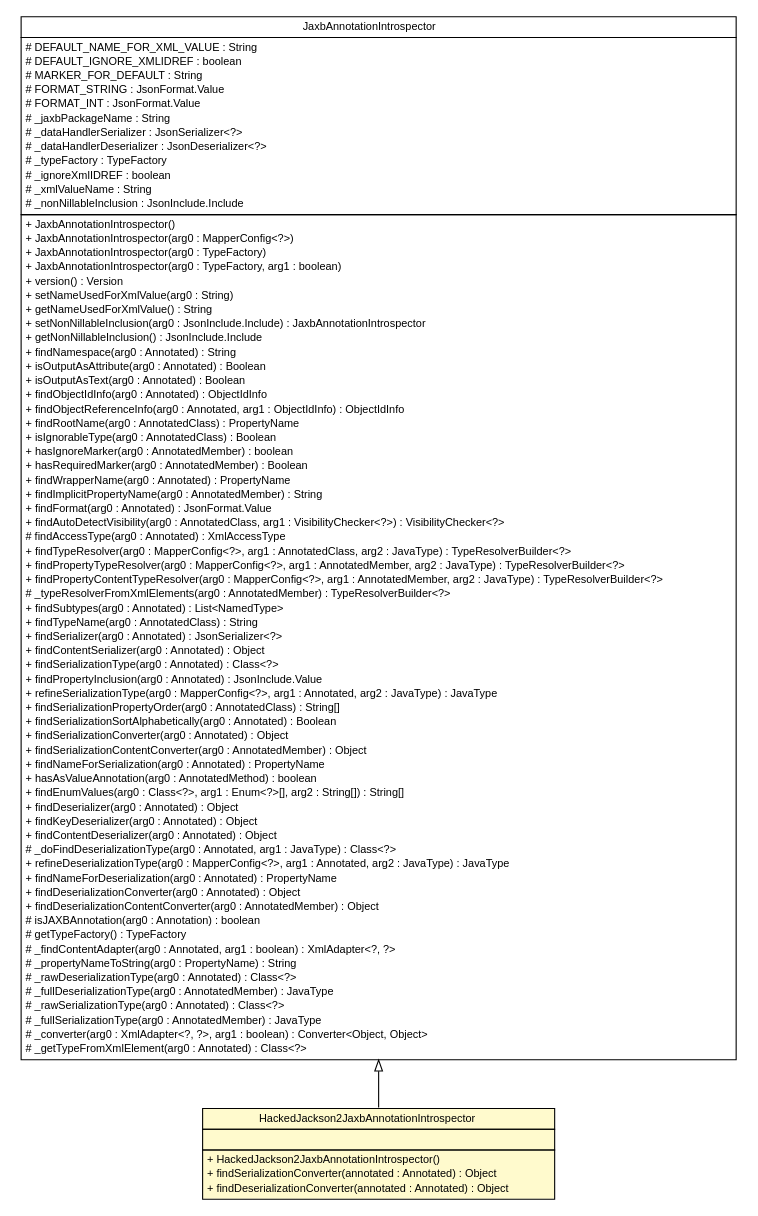
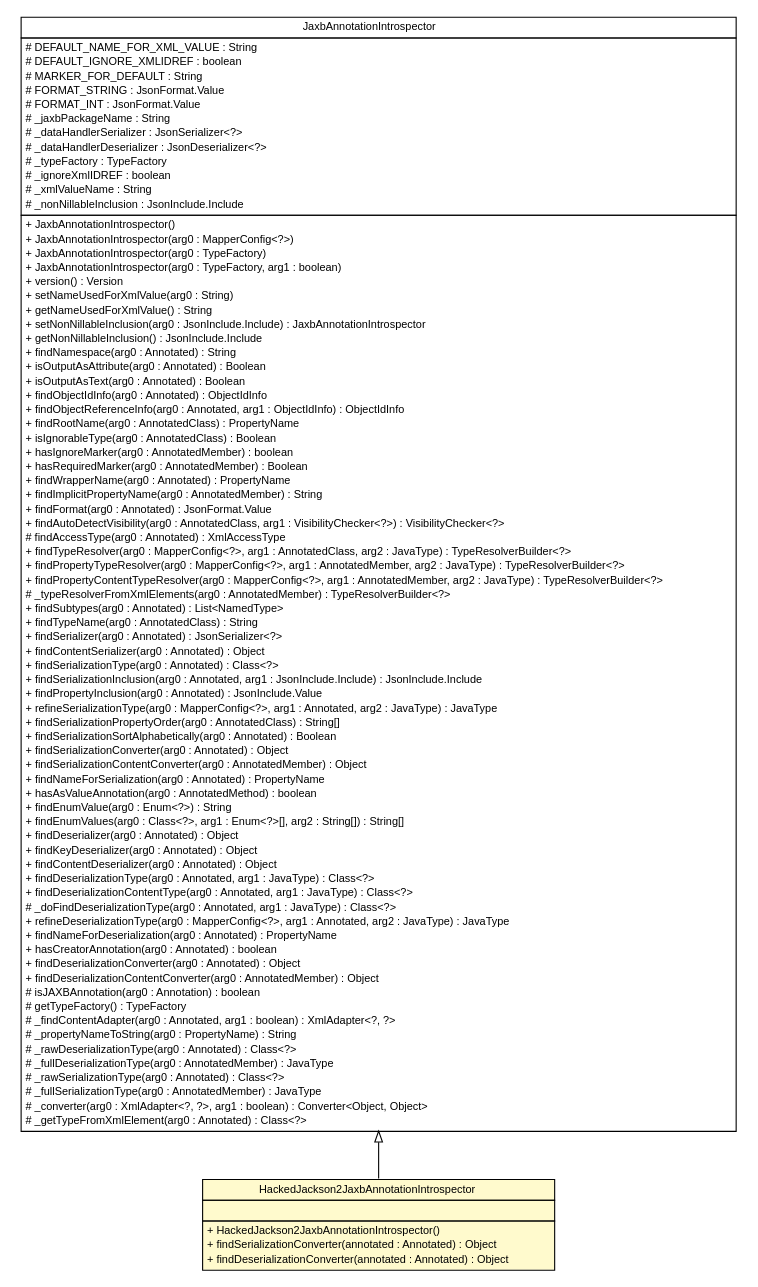
One commit to cloud-ready/cloud-ready changed the diagram in snapshot/build-docker/cloud-ready-parent/spring-boot-jackson2/spring-boot-jackson2-jaxb/apidocs/top/infra/jackson2/HackedJackson2JaxbAnnotationIntrospector.dot. Above: the diagram before and after it, drawn with Graphviz. The commit also changed 48 other files, not shown here.

```diff
--- a/snapshot/build-docker/cloud-ready-parent/spring-boot-jackson2/spring-boot-jackson2-jaxb/apidocs/top/infra/jackson2/HackedJackson2JaxbAnnotationIntrospector.dot
+++ b/snapshot/build-docker/cloud-ready-parent/spring-boot-jackson2/spring-boot-jackson2-jaxb/apidocs/top/infra/jackson2/HackedJackson2JaxbAnnotationIntrospector.dot
@@ -1,109 +1,114 @@
 #!/usr/local/bin/dot
 #
 # Class diagram 
 # Generated by UMLGraph version R5_6-24-gf6e263 (http://www.umlgraph.org/)
 #
 
 digraph G {
 	edge [fontname="Helvetica",fontsize=10,labelfontname="Helvetica",labelfontsize=10];
 	node [fontname="Helvetica",fontsize=10,shape=plaintext];
 	nodesep=0.25;
 	ranksep=0.5;
 	// top.infra.jackson2.HackedJackson2JaxbAnnotationIntrospector
 	c16 [label=<<table title="top.infra.jackson2.HackedJackson2JaxbAnnotationIntrospector" border="0" cellborder="1" cellspacing="0" cellpadding="2" port="p" bgcolor="lemonChiffon" href="./HackedJackson2JaxbAnnotationIntrospector.html">
 		<tr><td><table border="0" cellspacing="0" cellpadding="1">
 <tr><td align="center" balign="center"> HackedJackson2JaxbAnnotationIntrospector </td></tr>
 		</table></td></tr>
 		<tr><td><table border="0" cellspacing="0" cellpadding="1">
 <tr><td align="left" balign="left">  </td></tr>
 		</table></td></tr>
 		<tr><td><table border="0" cellspacing="0" cellpadding="1">
 <tr><td align="left" balign="left"> + HackedJackson2JaxbAnnotationIntrospector() </td></tr>
 <tr><td align="left" balign="left"> + findSerializationConverter(annotated : Annotated) : Object </td></tr>
 <tr><td align="left" balign="left"> + findDeserializationConverter(annotated : Annotated) : Object </td></tr>
 		</table></td></tr>
 		</table>>, URL="./HackedJackson2JaxbAnnotationIntrospector.html", fontname="Helvetica", fontcolor="black", fontsize=10.0];
 	//top.infra.jackson2.HackedJackson2JaxbAnnotationIntrospector extends com.fasterxml.jackson.module.jaxb.JaxbAnnotationIntrospector
 	c19:p -> c16:p [dir=back,arrowtail=empty];
 	// com.fasterxml.jackson.module.jaxb.JaxbAnnotationIntrospector
 	c19 [label=<<table title="com.fasterxml.jackson.module.jaxb.JaxbAnnotationIntrospector" border="0" cellborder="1" cellspacing="0" cellpadding="2" port="p" href="http://java.sun.com/j2se/1.4.2/docs/api/com/fasterxml/jackson/module/jaxb/JaxbAnnotationIntrospector.html">
 		<tr><td><table border="0" cellspacing="0" cellpadding="1">
 <tr><td align="center" balign="center"> JaxbAnnotationIntrospector </td></tr>
 		</table></td></tr>
 		<tr><td><table border="0" cellspacing="0" cellpadding="1">
 <tr><td align="left" balign="left"> # DEFAULT_NAME_FOR_XML_VALUE : String </td></tr>
 <tr><td align="left" balign="left"> # DEFAULT_IGNORE_XMLIDREF : boolean </td></tr>
 <tr><td align="left" balign="left"> # MARKER_FOR_DEFAULT : String </td></tr>
 <tr><td align="left" balign="left"> # FORMAT_STRING : JsonFormat.Value </td></tr>
 <tr><td align="left" balign="left"> # FORMAT_INT : JsonFormat.Value </td></tr>
 <tr><td align="left" balign="left"> # _jaxbPackageName : String </td></tr>
 <tr><td align="left" balign="left"> # _dataHandlerSerializer : JsonSerializer&lt;?&gt; </td></tr>
 <tr><td align="left" balign="left"> # _dataHandlerDeserializer : JsonDeserializer&lt;?&gt; </td></tr>
 <tr><td align="left" balign="left"> # _typeFactory : TypeFactory </td></tr>
 <tr><td align="left" balign="left"> # _ignoreXmlIDREF : boolean </td></tr>
 <tr><td align="left" balign="left"> # _xmlValueName : String </td></tr>
 <tr><td align="left" balign="left"> # _nonNillableInclusion : JsonInclude.Include </td></tr>
 		</table></td></tr>
 		<tr><td><table border="0" cellspacing="0" cellpadding="1">
 <tr><td align="left" balign="left"> + JaxbAnnotationIntrospector() </td></tr>
 <tr><td align="left" balign="left"> + JaxbAnnotationIntrospector(arg0 : MapperConfig&lt;?&gt;) </td></tr>
 <tr><td align="left" balign="left"> + JaxbAnnotationIntrospector(arg0 : TypeFactory) </td></tr>
 <tr><td align="left" balign="left"> + JaxbAnnotationIntrospector(arg0 : TypeFactory, arg1 : boolean) </td></tr>
 <tr><td align="left" balign="left"> + version() : Version </td></tr>
 <tr><td align="left" balign="left"> + setNameUsedForXmlValue(arg0 : String) </td></tr>
 <tr><td align="left" balign="left"> + getNameUsedForXmlValue() : String </td></tr>
 <tr><td align="left" balign="left"> + setNonNillableInclusion(arg0 : JsonInclude.Include) : JaxbAnnotationIntrospector </td></tr>
 <tr><td align="left" balign="left"> + getNonNillableInclusion() : JsonInclude.Include </td></tr>
 <tr><td align="left" balign="left"> + findNamespace(arg0 : Annotated) : String </td></tr>
 <tr><td align="left" balign="left"> + isOutputAsAttribute(arg0 : Annotated) : Boolean </td></tr>
 <tr><td align="left" balign="left"> + isOutputAsText(arg0 : Annotated) : Boolean </td></tr>
 <tr><td align="left" balign="left"> + findObjectIdInfo(arg0 : Annotated) : ObjectIdInfo </td></tr>
 <tr><td align="left" balign="left"> + findObjectReferenceInfo(arg0 : Annotated, arg1 : ObjectIdInfo) : ObjectIdInfo </td></tr>
 <tr><td align="left" balign="left"> + findRootName(arg0 : AnnotatedClass) : PropertyName </td></tr>
 <tr><td align="left" balign="left"> + isIgnorableType(arg0 : AnnotatedClass) : Boolean </td></tr>
 <tr><td align="left" balign="left"> + hasIgnoreMarker(arg0 : AnnotatedMember) : boolean </td></tr>
 <tr><td align="left" balign="left"> + hasRequiredMarker(arg0 : AnnotatedMember) : Boolean </td></tr>
 <tr><td align="left" balign="left"> + findWrapperName(arg0 : Annotated) : PropertyName </td></tr>
 <tr><td align="left" balign="left"> + findImplicitPropertyName(arg0 : AnnotatedMember) : String </td></tr>
 <tr><td align="left" balign="left"> + findFormat(arg0 : Annotated) : JsonFormat.Value </td></tr>
 <tr><td align="left" balign="left"> + findAutoDetectVisibility(arg0 : AnnotatedClass, arg1 : VisibilityChecker&lt;?&gt;) : VisibilityChecker&lt;?&gt; </td></tr>
 <tr><td align="left" balign="left"> # findAccessType(arg0 : Annotated) : XmlAccessType </td></tr>
 <tr><td align="left" balign="left"> + findTypeResolver(arg0 : MapperConfig&lt;?&gt;, arg1 : AnnotatedClass, arg2 : JavaType) : TypeResolverBuilder&lt;?&gt; </td></tr>
 <tr><td align="left" balign="left"> + findPropertyTypeResolver(arg0 : MapperConfig&lt;?&gt;, arg1 : AnnotatedMember, arg2 : JavaType) : TypeResolverBuilder&lt;?&gt; </td></tr>
 <tr><td align="left" balign="left"> + findPropertyContentTypeResolver(arg0 : MapperConfig&lt;?&gt;, arg1 : AnnotatedMember, arg2 : JavaType) : TypeResolverBuilder&lt;?&gt; </td></tr>
 <tr><td align="left" balign="left"> # _typeResolverFromXmlElements(arg0 : AnnotatedMember) : TypeResolverBuilder&lt;?&gt; </td></tr>
 <tr><td align="left" balign="left"> + findSubtypes(arg0 : Annotated) : List&lt;NamedType&gt; </td></tr>
 <tr><td align="left" balign="left"> + findTypeName(arg0 : AnnotatedClass) : String </td></tr>
 <tr><td align="left" balign="left"> + findSerializer(arg0 : Annotated) : JsonSerializer&lt;?&gt; </td></tr>
 <tr><td align="left" balign="left"> + findContentSerializer(arg0 : Annotated) : Object </td></tr>
 <tr><td align="left" balign="left"> + findSerializationType(arg0 : Annotated) : Class&lt;?&gt; </td></tr>
+<tr><td align="left" balign="left"> + findSerializationInclusion(arg0 : Annotated, arg1 : JsonInclude.Include) : JsonInclude.Include </td></tr>
 <tr><td align="left" balign="left"> + findPropertyInclusion(arg0 : Annotated) : JsonInclude.Value </td></tr>
 <tr><td align="left" balign="left"> + refineSerializationType(arg0 : MapperConfig&lt;?&gt;, arg1 : Annotated, arg2 : JavaType) : JavaType </td></tr>
 <tr><td align="left" balign="left"> + findSerializationPropertyOrder(arg0 : AnnotatedClass) : String[] </td></tr>
 <tr><td align="left" balign="left"> + findSerializationSortAlphabetically(arg0 : Annotated) : Boolean </td></tr>
 <tr><td align="left" balign="left"> + findSerializationConverter(arg0 : Annotated) : Object </td></tr>
 <tr><td align="left" balign="left"> + findSerializationContentConverter(arg0 : AnnotatedMember) : Object </td></tr>
 <tr><td align="left" balign="left"> + findNameForSerialization(arg0 : Annotated) : PropertyName </td></tr>
 <tr><td align="left" balign="left"> + hasAsValueAnnotation(arg0 : AnnotatedMethod) : boolean </td></tr>
+<tr><td align="left" balign="left"> + findEnumValue(arg0 : Enum&lt;?&gt;) : String </td></tr>
 <tr><td align="left" balign="left"> + findEnumValues(arg0 : Class&lt;?&gt;, arg1 : Enum&lt;?&gt;[], arg2 : String[]) : String[] </td></tr>
 <tr><td align="left" balign="left"> + findDeserializer(arg0 : Annotated) : Object </td></tr>
 <tr><td align="left" balign="left"> + findKeyDeserializer(arg0 : Annotated) : Object </td></tr>
 <tr><td align="left" balign="left"> + findContentDeserializer(arg0 : Annotated) : Object </td></tr>
+<tr><td align="left" balign="left"> + findDeserializationType(arg0 : Annotated, arg1 : JavaType) : Class&lt;?&gt; </td></tr>
+<tr><td align="left" balign="left"> + findDeserializationContentType(arg0 : Annotated, arg1 : JavaType) : Class&lt;?&gt; </td></tr>
 <tr><td align="left" balign="left"> # _doFindDeserializationType(arg0 : Annotated, arg1 : JavaType) : Class&lt;?&gt; </td></tr>
 <tr><td align="left" balign="left"> + refineDeserializationType(arg0 : MapperConfig&lt;?&gt;, arg1 : Annotated, arg2 : JavaType) : JavaType </td></tr>
 <tr><td align="left" balign="left"> + findNameForDeserialization(arg0 : Annotated) : PropertyName </td></tr>
+<tr><td align="left" balign="left"> + hasCreatorAnnotation(arg0 : Annotated) : boolean </td></tr>
 <tr><td align="left" balign="left"> + findDeserializationConverter(arg0 : Annotated) : Object </td></tr>
 <tr><td align="left" balign="left"> + findDeserializationContentConverter(arg0 : AnnotatedMember) : Object </td></tr>
 <tr><td align="left" balign="left"> # isJAXBAnnotation(arg0 : Annotation) : boolean </td></tr>
 <tr><td align="left" balign="left"> # getTypeFactory() : TypeFactory </td></tr>
 <tr><td align="left" balign="left"> # _findContentAdapter(arg0 : Annotated, arg1 : boolean) : XmlAdapter&lt;?, ?&gt; </td></tr>
 <tr><td align="left" balign="left"> # _propertyNameToString(arg0 : PropertyName) : String </td></tr>
 <tr><td align="left" balign="left"> # _rawDeserializationType(arg0 : Annotated) : Class&lt;?&gt; </td></tr>
 <tr><td align="left" balign="left"> # _fullDeserializationType(arg0 : AnnotatedMember) : JavaType </td></tr>
 <tr><td align="left" balign="left"> # _rawSerializationType(arg0 : Annotated) : Class&lt;?&gt; </td></tr>
 <tr><td align="left" balign="left"> # _fullSerializationType(arg0 : AnnotatedMember) : JavaType </td></tr>
 <tr><td align="left" balign="left"> # _converter(arg0 : XmlAdapter&lt;?, ?&gt;, arg1 : boolean) : Converter&lt;Object, Object&gt; </td></tr>
 <tr><td align="left" balign="left"> # _getTypeFromXmlElement(arg0 : Annotated) : Class&lt;?&gt; </td></tr>
 		</table></td></tr>
 		</table>>, URL="http://java.sun.com/j2se/1.4.2/docs/api/com/fasterxml/jackson/module/jaxb/JaxbAnnotationIntrospector.html", fontname="Helvetica", fontcolor="black", fontsize=10.0];
 }
```
